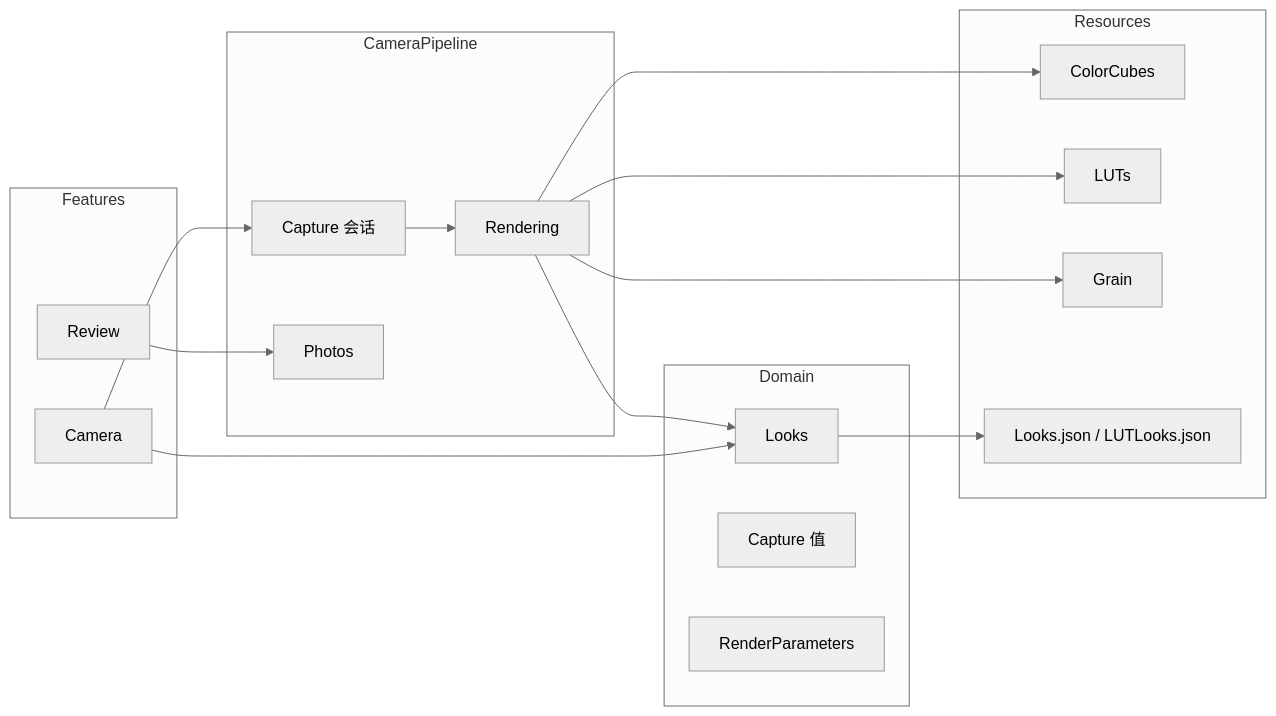
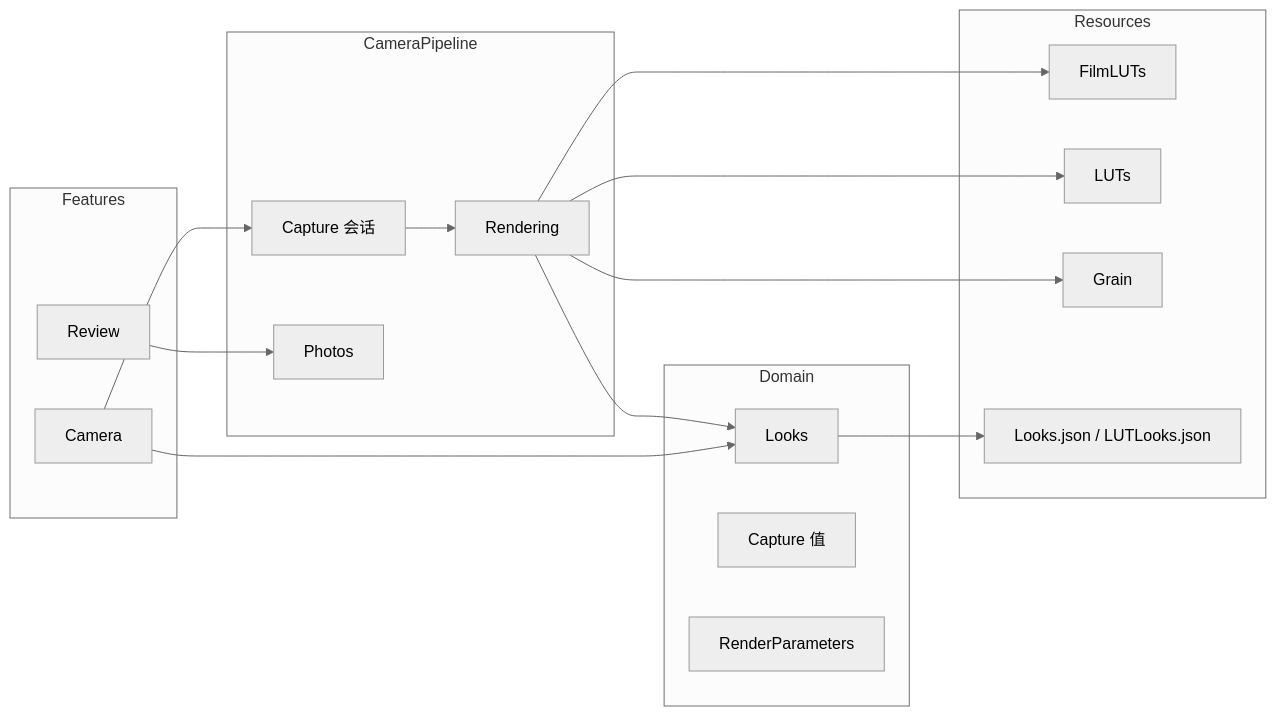
Before and after one commit to zhe-ma/angie-filter: the second of 6 diagrams in design/architecture.md, drawn with Mermaid (neutral theme). The commit also changed other lines of this file and 148 other files, not shown here.

````diff
--- a/design/architecture.md
+++ b/design/architecture.md
@@ -31,32 +31,32 @@
 ```mermaid
 flowchart LR
   subgraph domain [Domain]
     looks[Looks]
     captureValues[Capture 值]
     params[RenderParameters]
   end
   subgraph pipeline [CameraPipeline]
     session[Capture 会话]
     render[Rendering]
     photos[Photos]
   end
   subgraph ui [Features]
     camera[Camera]
     review[Review]
   end
   subgraph resources [Resources]
-    cubes[ColorCubes]
+    films[FilmLUTs]
     luts[LUTs]
     grain[Grain]
     json[Looks.json / LUTLooks.json]
   end
   camera --> session
   camera --> looks
   session --> render
   render --> looks
-  render --> cubes
+  render --> films
   render --> luts
   render --> grain
   looks --> json
   review --> photos
 ```
````
